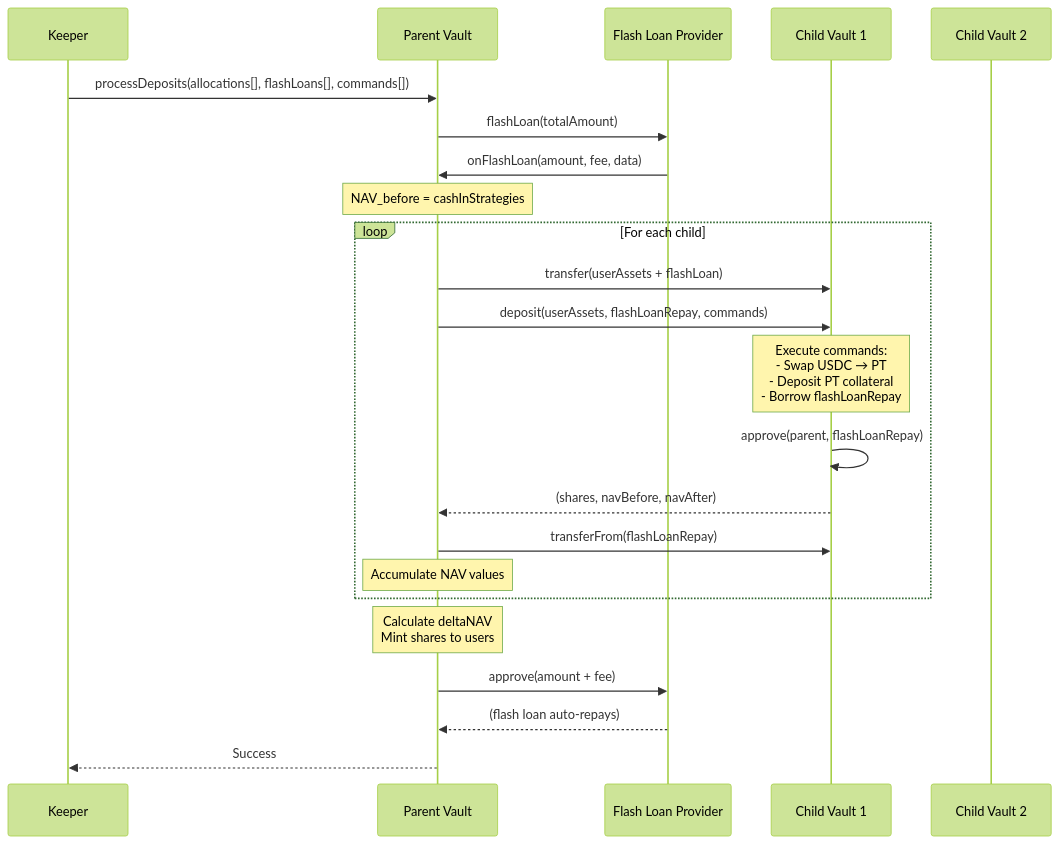
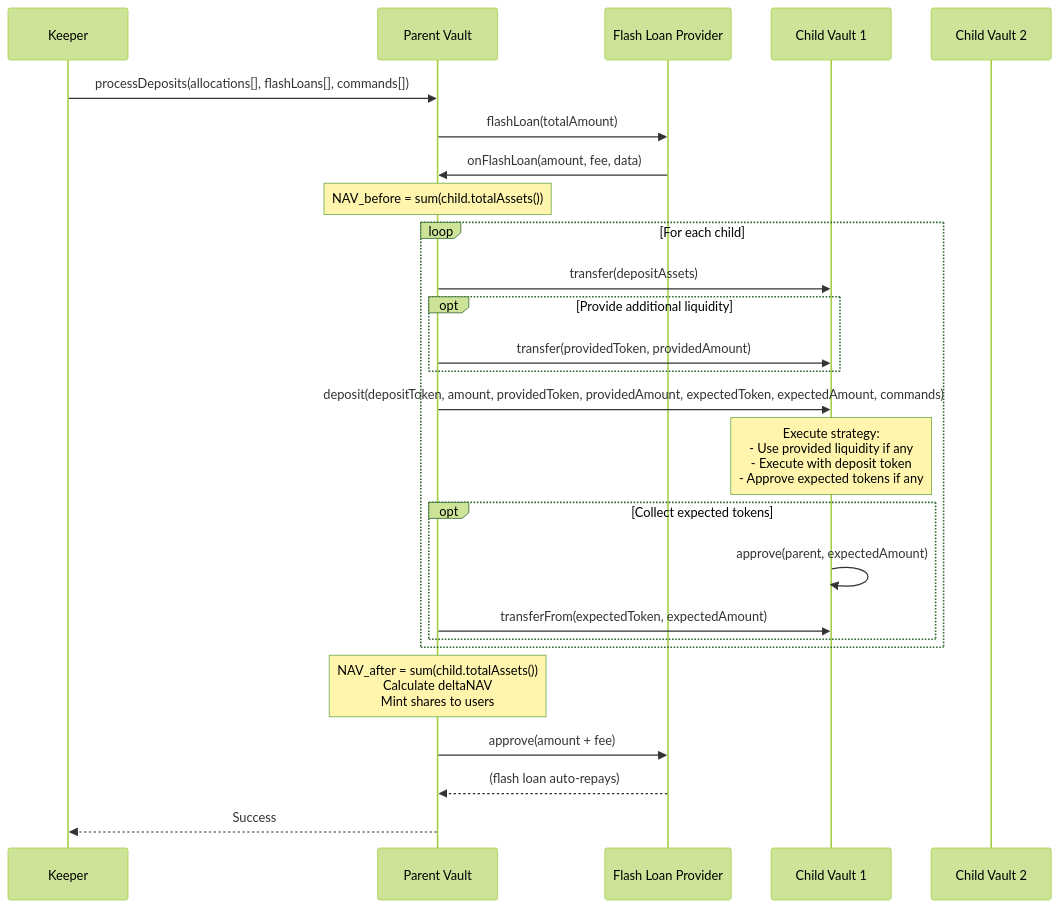
Before and after one commit to evgenynacu/leveraged-defi-strategy-contracts: the first of 3 diagrams in docs/adr/0005-deposit-withdrawal-settlement.md, drawn with Mermaid (forest theme). The commit also changed other lines of this file and 3 other files, not shown here.

Commit message:
fix: new Child Strategy interface (multi-token debts, provided/expected token amounts)

````diff
--- a/docs/adr/0005-deposit-withdrawal-settlement.md
+++ b/docs/adr/0005-deposit-withdrawal-settlement.md
@@ -184,37 +232,38 @@
 ```mermaid
 sequenceDiagram
     participant K as Keeper
     participant P as Parent Vault
     participant FL as Flash Loan Provider
     participant C1 as Child Vault 1
     participant C2 as Child Vault 2
 
     K->>P: processDeposits(allocations[], flashLoans[], commands[])
 
     P->>FL: flashLoan(totalAmount)
 
     FL->>P: onFlashLoan(amount, fee, data)
 
-    Note over P: NAV_before = cashInStrategies
+    Note over P: NAV_before = sum(child.totalAssets())
 
     loop For each child
-        P->>C1: transfer(userAssets + flashLoan)
-        P->>C1: deposit(userAssets, flashLoanRepay, commands)
+        P->>C1: transfer(depositAssets)
+        opt Provide additional liquidity
+            P->>C1: transfer(providedToken, providedAmount)
+        end
+        P->>C1: deposit(depositToken, amount, providedToken, providedAmount, expectedToken, expectedAmount, commands)
 
-        Note over C1: Execute commands:<br/>- Swap USDC → PT<br/>- Deposit PT collateral<br/>- Borrow flashLoanRepay
+        Note over C1: Execute strategy:<br/>- Use provided liquidity if any<br/>- Execute with deposit token<br/>- Approve expected tokens if any
 
-        C1->>C1: approve(parent, flashLoanRepay)
-        C1-->>P: (shares, navBefore, navAfter)
-
-        P->>C1: transferFrom(flashLoanRepay)
-
-        Note over P: Accumulate NAV values
+        opt Collect expected tokens
+            C1->>C1: approve(parent, expectedAmount)
+            P->>C1: transferFrom(expectedToken, expectedAmount)
+        end
     end
 
-    Note over P: Calculate deltaNAV<br/>Mint shares to users
+    Note over P: NAV_after = sum(child.totalAssets())<br/>Calculate deltaNAV<br/>Mint shares to users
 
     P->>FL: approve(amount + fee)
     FL-->>P: (flash loan auto-repays)
 
     P-->>K: Success
 ```
````
